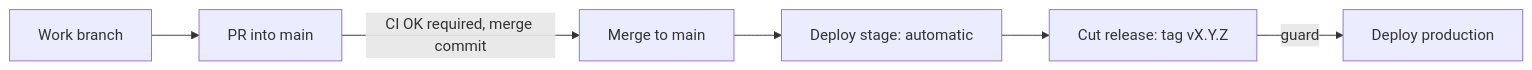
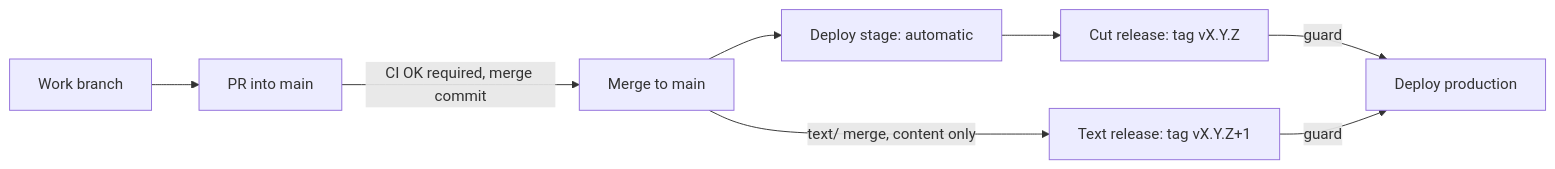
Before and after one commit to greenblacked/Notes: the diagram in README.md, drawn with Mermaid. The commit also changed other lines of this file and 2 other files, not shown here.

Commit message:
docs: document text/ branches and text releases

````diff
--- a/README.md
+++ b/README.md
@@ -96,8 +103,10 @@
 ```mermaid
 flowchart LR
     A[Work branch] --> B[PR into main]
     B -->|CI OK required, merge commit| C[Merge to main]
     C --> D[Deploy stage: automatic]
     D --> F[Cut release: tag vX.Y.Z]
     F -->|guard| G[Deploy production]
+    C -->|text/ merge, content only| T[Text release: tag vX.Y.Z+1]
+    T -->|guard| G
 ```
````
